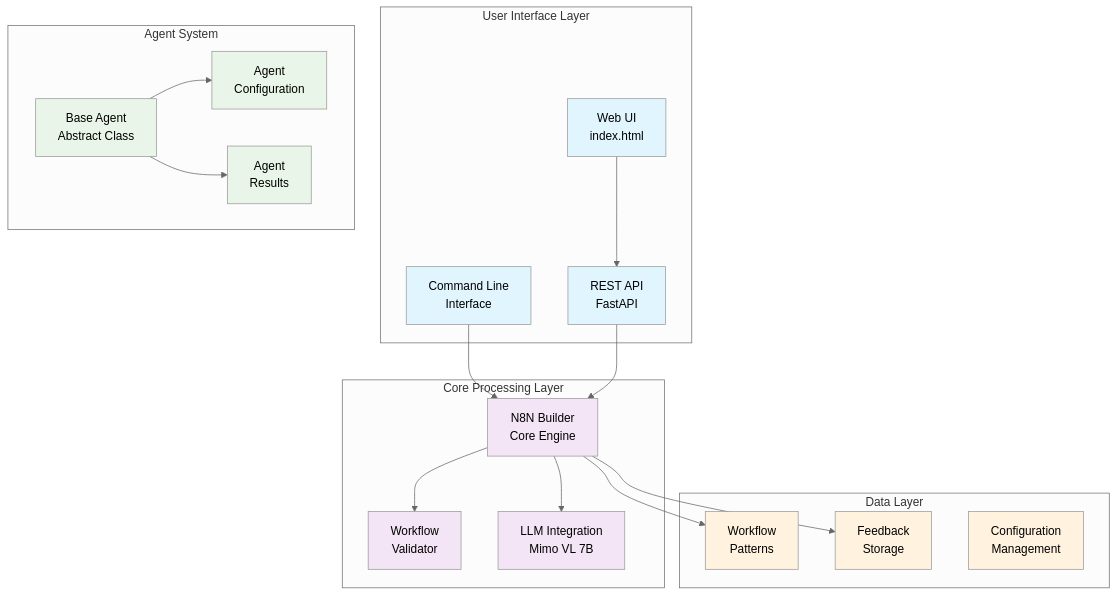
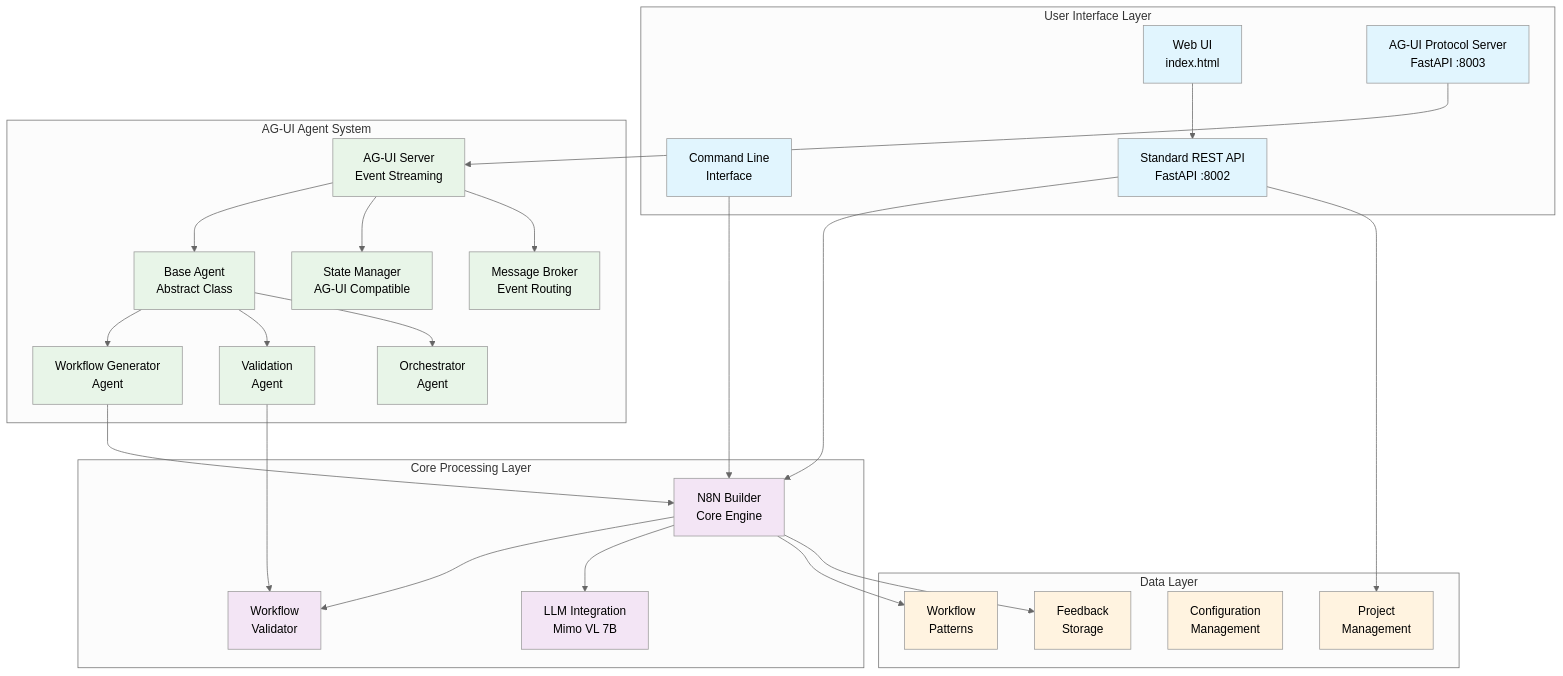
One commit to vbwyrde/N8N_Builder changed the first of 6 diagrams in Documentation/DOCUMENTATION.MD. Above: the diagram before and after it, drawn with Mermaid (neutral theme). The commit also changed other lines of this file and 29 other files, not shown here.

````diff
--- a/Documentation/DOCUMENTATION.MD
+++ b/Documentation/DOCUMENTATION.MD
@@ -75,46 +100,60 @@
 ```mermaid
 graph TB
     subgraph "User Interface Layer"
         UI[Web UI<br/>index.html]
         CLI[Command Line<br/>Interface]
-        API[REST API<br/>FastAPI]
+        API[Standard REST API<br/>FastAPI :8002]
+        AGUI[AG-UI Protocol Server<br/>FastAPI :8003]
     end
-    
+
     subgraph "Core Processing Layer"
         Builder[N8N Builder<br/>Core Engine]
         Validator[Workflow<br/>Validator]
         LLM[LLM Integration<br/>Mimo VL 7B]
     end
-    
-    subgraph "Agent System"
+
+    subgraph "AG-UI Agent System"
+        AGUIServer[AG-UI Server<br/>Event Streaming]
         BaseAgent[Base Agent<br/>Abstract Class]
-        AgentConfig[Agent<br/>Configuration]
-        AgentResult[Agent<br/>Results]
+        WorkflowAgent[Workflow Generator<br/>Agent]
+        ValidationAgent[Validation<br/>Agent]
+        OrchestratorAgent[Orchestrator<br/>Agent]
+        StateManager[State Manager<br/>AG-UI Compatible]
+        MessageBroker[Message Broker<br/>Event Routing]
     end
-    
+
     subgraph "Data Layer"
         Patterns[Workflow<br/>Patterns]
         Feedback[Feedback<br/>Storage]
         Config[Configuration<br/>Management]
+        Projects[Project<br/>Management]
     end
-    
+
     UI --> API
     CLI --> Builder
     API --> Builder
+    AGUI --> AGUIServer
+    AGUIServer --> BaseAgent
+    BaseAgent --> WorkflowAgent
+    BaseAgent --> ValidationAgent
+    BaseAgent --> OrchestratorAgent
+    AGUIServer --> StateManager
+    AGUIServer --> MessageBroker
+    WorkflowAgent --> Builder
+    ValidationAgent --> Validator
     Builder --> Validator
     Builder --> LLM
     Builder --> Patterns
     Builder --> Feedback
-    BaseAgent --> AgentConfig
-    BaseAgent --> AgentResult
-    
+    API --> Projects
+
     classDef userLayer fill:#e1f5fe
     classDef coreLayer fill:#f3e5f5
     classDef agentLayer fill:#e8f5e8
     classDef dataLayer fill:#fff3e0
-    
-    class UI,CLI,API userLayer
+
+    class UI,CLI,API,AGUI userLayer
     class Builder,Validator,LLM coreLayer
-    class BaseAgent,AgentConfig,AgentResult agentLayer
-    class Patterns,Feedback,Config dataLayer
+    class AGUIServer,BaseAgent,WorkflowAgent,ValidationAgent,OrchestratorAgent,StateManager,MessageBroker agentLayer
+    class Patterns,Feedback,Config,Projects dataLayer
 ```
````
